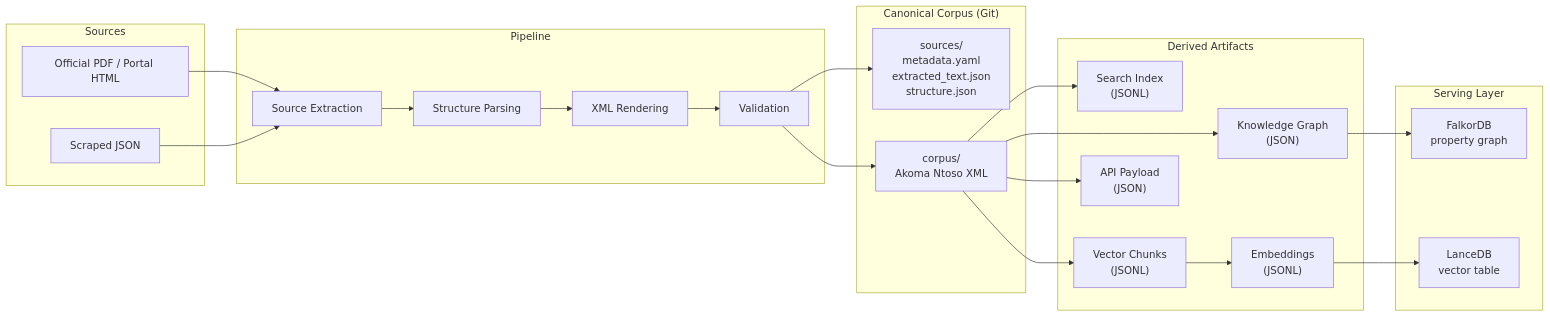
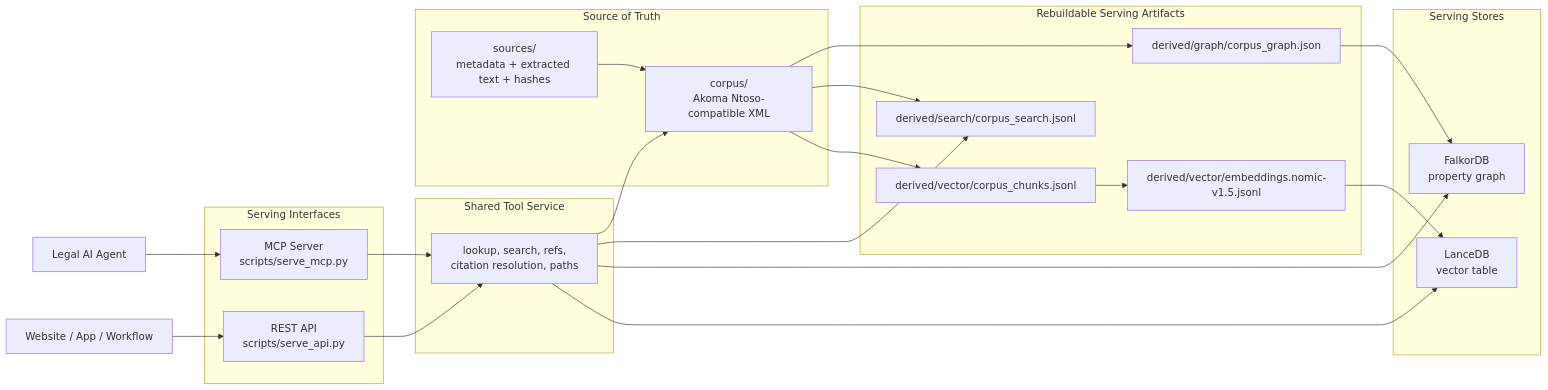
One commit to shikharpant/nyaya-ledger changed the first of 2 diagrams in README.md. Above: the diagram before and after it, drawn with Mermaid. The commit also changed other lines of this file, not shown here.

Commit message:
Rewrite README around agent-ready MCP layer

````diff
--- a/README.md
+++ b/README.md
@@ -46,45 +99,46 @@
 ```mermaid
 flowchart LR
-    subgraph Sources
-        PDF["Official PDF / Portal HTML"]
-        JSON["Scraped JSON"]
+    Agent["Legal AI Agent"]
+    App["Website / App / Workflow"]
+
+    subgraph Interfaces["Serving Interfaces"]
+        MCP["MCP Server<br/>scripts/serve_mcp.py"]
+        REST["REST API<br/>scripts/serve_api.py"]
     end
 
-    subgraph Pipeline
-        EXTRACT["Source Extraction"]
-        PARSE["Structure Parsing"]
-        RENDER["XML Rendering"]
-        VALIDATE["Validation"]
+    subgraph Service["Shared Tool Service"]
+        TOOLS["lookup, search, refs,<br/>citation resolution, paths"]
     end
 
-    subgraph Canonical["Canonical Corpus (Git)"]
-        SRC["sources/<br/>metadata.yaml<br/>extracted_text.json<br/>structure.json"]
-        CORPUS["corpus/<br/>Akoma Ntoso XML"]
+    subgraph Truth["Source of Truth"]
+        XML["corpus/<br/>Akoma Ntoso-compatible XML"]
+        SOURCE["sources/<br/>metadata + extracted text + hashes"]
     end
 
-    subgraph Derived["Derived Artifacts"]
-        GRAPH["Knowledge Graph<br/>(JSON)"]
-        SEARCH["Search Index<br/>(JSONL)"]
-        VECTOR["Vector Chunks<br/>(JSONL)"]
-        EMBED["Embeddings<br/>(JSONL)"]
-        API["API Payload<br/>(JSON)"]
+    subgraph Derived["Rebuildable Serving Artifacts"]
+        GRAPHJSON["derived/graph/corpus_graph.json"]
+        SEARCH["derived/search/corpus_search.jsonl"]
+        CHUNKS["derived/vector/corpus_chunks.jsonl"]
+        EMBED["derived/vector/embeddings.nomic-v1.5.jsonl"]
     end
 
-    subgraph Serving["Serving Layer"]
+    subgraph Stores["Serving Stores"]
         FALKOR["FalkorDB<br/>property graph"]
         LANCE["LanceDB<br/>vector table"]
     end
 
-    PDF --> EXTRACT
-    JSON --> EXTRACT
-    EXTRACT --> PARSE --> RENDER --> VALIDATE
-    VALIDATE --> SRC
-    VALIDATE --> CORPUS
-    CORPUS --> GRAPH
-    CORPUS --> SEARCH
-    CORPUS --> VECTOR
-    VECTOR --> EMBED
-    CORPUS --> API
-    GRAPH --> FALKOR
-    EMBED --> LANCE
+    Agent --> MCP
+    App --> REST
+    MCP --> TOOLS
+    REST --> TOOLS
+    TOOLS --> XML
+    TOOLS --> SEARCH
+    TOOLS --> FALKOR
+    TOOLS --> LANCE
+    XML --> GRAPHJSON
+    XML --> SEARCH
+    XML --> CHUNKS
+    SOURCE --> XML
+    GRAPHJSON --> FALKOR
+    CHUNKS --> EMBED --> LANCE
 ```
````
